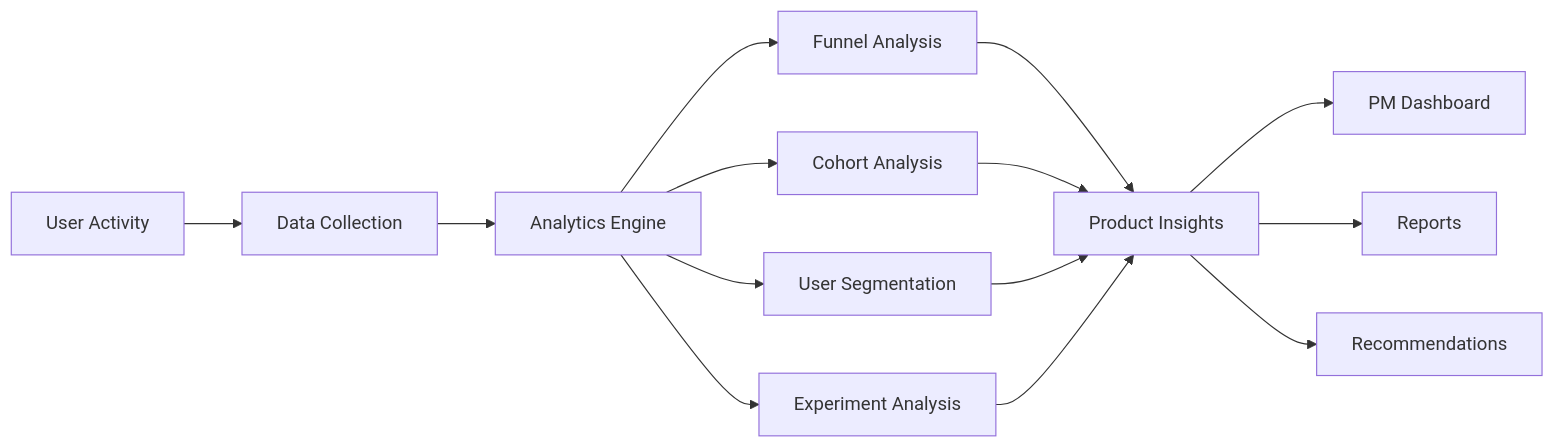
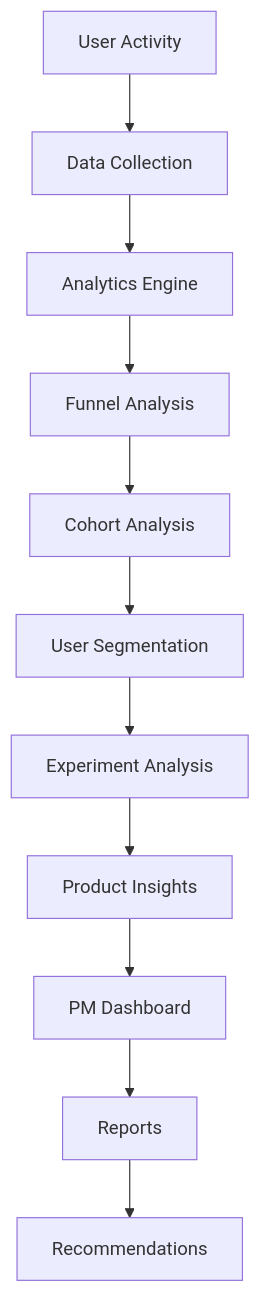
Before and after one commit to Sankar202221/trading-intelligence-platform: the diagram in README.md, drawn with Mermaid. The commit also changed other lines of this file, not shown here.

````diff
--- a/README.md
+++ b/README.md
@@ -179,22 +117,13 @@
 ```mermaid
-flowchart LR
-
-A[User Activity]
---> B[Data Collection]
-
-B --> C[Analytics Engine]
-
-C --> D[Funnel Analysis]
-C --> E[Cohort Analysis]
-C --> F[User Segmentation]
-C --> G[Experiment Analysis]
-
-D --> H[Product Insights]
-E --> H
-F --> H
-G --> H
-
-H --> I[PM Dashboard]
-H --> J[Reports]
-H --> K[Recommendations]
+flowchart TD
+    A[User Activity] --> B[Data Collection]
+    B --> C[Analytics Engine]
+    C --> D[Funnel Analysis]
+    D --> E[Cohort Analysis]
+    E --> F[User Segmentation]
+    F --> G[Experiment Analysis]
+    G --> H[Product Insights]
+    H --> I[PM Dashboard]
+    I --> J[Reports]
+    J --> K[Recommendations]
 ```
````
